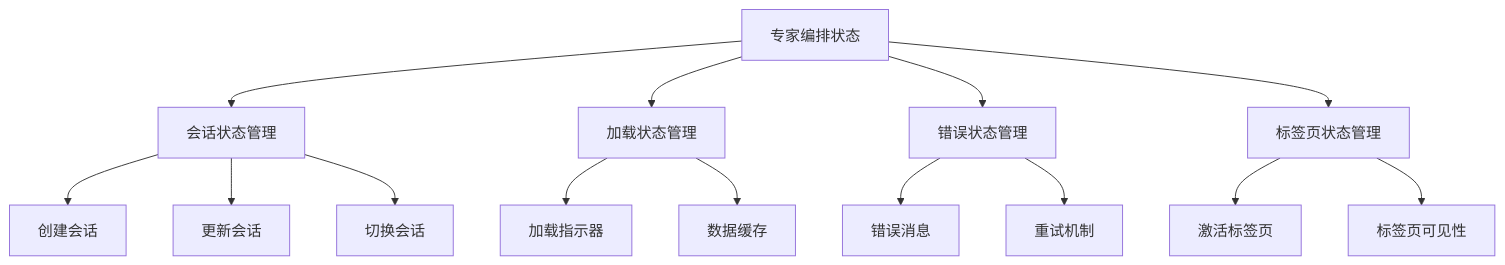
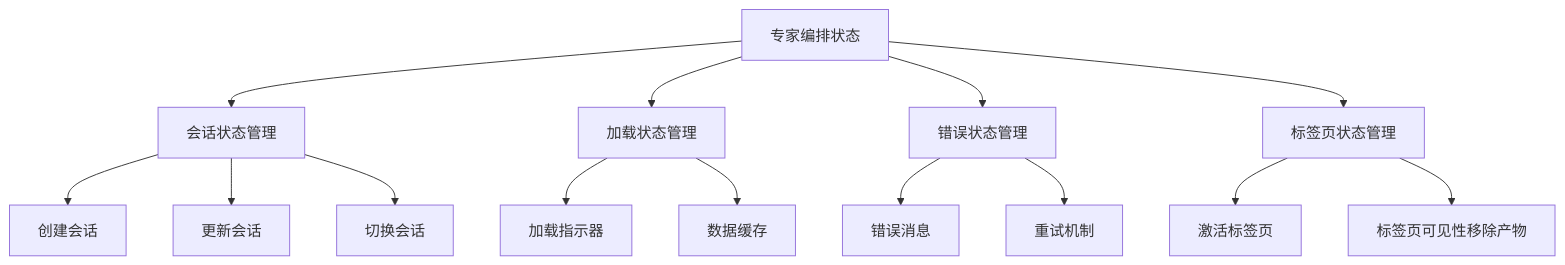
One commit to coconilu/RepoHelm changed diagram 16 of 23 in .qoder/repowiki/zh/content/Web 前端应用/Web 前端应用.md. Above: the diagram before and after it, drawn with Mermaid. The commit also changed other lines of this file and 7 other files, not shown here.

````diff
--- a/.qoder/repowiki/zh/content/Web 前端应用/Web 前端应用.md
+++ b/.qoder/repowiki/zh/content/Web 前端应用/Web 前端应用.md
@@ -1063,16 +1118,16 @@
 ```mermaid
 flowchart TD
 ExpertState["专家编排状态"] --> SessionState["会话状态管理"]
 ExpertState --> LoadingState["加载状态管理"]
 ExpertState --> ErrorState["错误状态管理"]
 ExpertState --> TabState["标签页状态管理"]
 SessionState --> CreateSession["创建会话"]
 SessionState --> UpdateSession["更新会话"]
 SessionState --> SwitchSession["切换会话"]
 LoadingState --> LoadingIndicator["加载指示器"]
 LoadingState --> DataCache["数据缓存"]
 ErrorState --> ErrorMessage["错误消息"]
 ErrorState --> RetryMechanism["重试机制"]
 TabState --> ActiveTab["激活标签页"]
-TabState --> TabVisibility["标签页可见性"]
+TabState --> TabVisibility["标签页可见性移除产物"]
 ```
````
